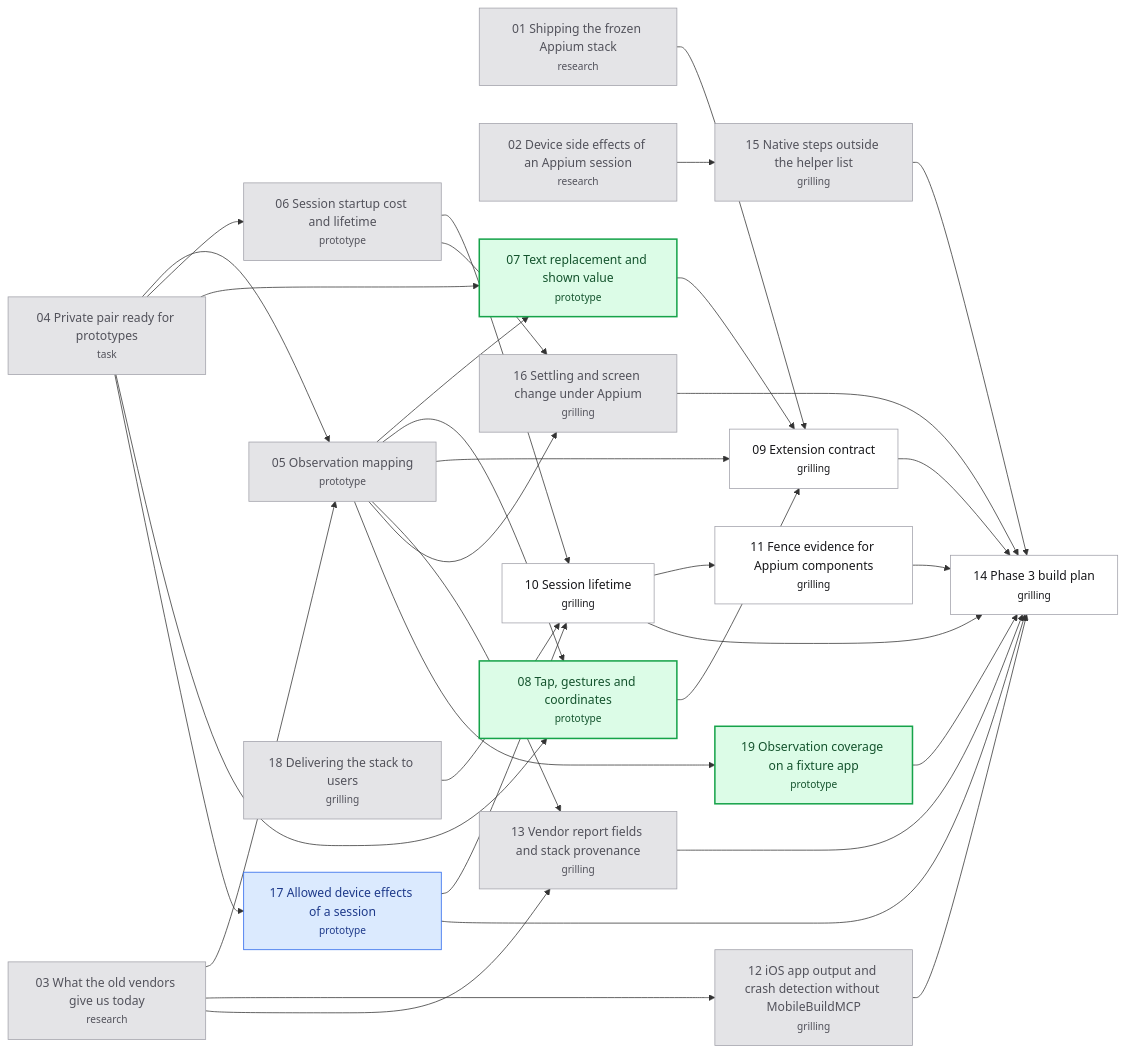
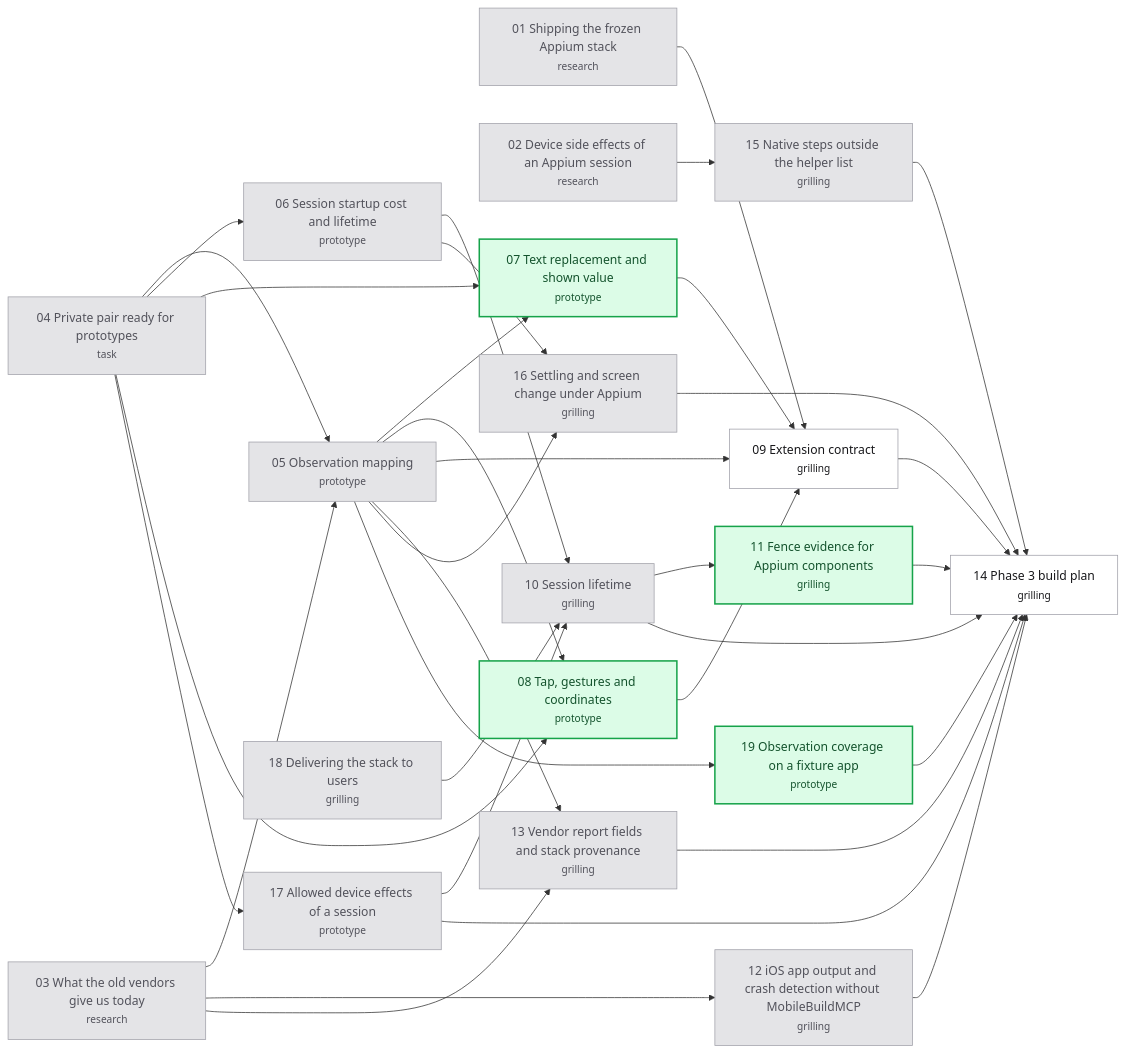
The diagram in .scratch/appium-phase3/map.md (hugues-vnsgn/jev-ios-bridge), drawn with Mermaid before and after one commit. The commit also changed other lines of this file and 3 other files, not shown here.

````diff
--- a/.scratch/appium-phase3/map.md
+++ b/.scratch/appium-phase3/map.md
@@ -83,62 +85,61 @@
 ```mermaid
 flowchart LR
     T01["01 Shipping the frozen Appium stack<br/><small>research</small>"]
     T02["02 Device side effects of an Appium session<br/><small>research</small>"]
     T03["03 What the old vendors give us today<br/><small>research</small>"]
     T04["04 Private pair ready for prototypes<br/><small>task</small>"]
     T05["05 Observation mapping<br/><small>prototype</small>"]
     T06["06 Session startup cost and lifetime<br/><small>prototype</small>"]
     T07["07 Text replacement and shown value<br/><small>prototype</small>"]
     T08["08 Tap, gestures and coordinates<br/><small>prototype</small>"]
     T09["09 Extension contract<br/><small>grilling</small>"]
     T10["10 Session lifetime<br/><small>grilling</small>"]
     T11["11 Fence evidence for Appium components<br/><small>grilling</small>"]
     T12["12 iOS app output and crash detection without MobileBuildMCP<br/><small>grilling</small>"]
     T13["13 Vendor report fields and stack provenance<br/><small>grilling</small>"]
     T14["14 Phase 3 build plan<br/><small>grilling</small>"]
     T15["15 Native steps outside the helper list<br/><small>grilling</small>"]
     T16["16 Settling and screen change under Appium<br/><small>grilling</small>"]
     T17["17 Allowed device effects of a session<br/><small>prototype</small>"]
     T18["18 Delivering the stack to users<br/><small>grilling</small>"]
     T19["19 Observation coverage on a fixture app<br/><small>prototype</small>"]
     T03 --> T05
     T04 --> T05
     T04 --> T06
     T04 --> T07
     T05 --> T07
     T04 --> T08
     T05 --> T08
     T01 --> T09
     T05 --> T09
     T07 --> T09
     T08 --> T09
     T06 --> T10
     T17 --> T10
     T18 --> T10
     T10 --> T11
     T03 --> T12
     T03 --> T13
     T05 --> T13
     T09 --> T14
     T10 --> T14
     T11 --> T14
     T12 --> T14
     T13 --> T14
     T15 --> T14
     T16 --> T14
     T17 --> T14
     T19 --> T14
     T02 --> T15
     T05 --> T16
     T06 --> T16
     T04 --> T17
     T05 --> T19
     classDef resolved fill:#e4e4e7,stroke:#a1a1aa,color:#52525b
     classDef claimed fill:#dbeafe,stroke:#2563eb,color:#1e3a8a
     classDef frontier fill:#dcfce7,stroke:#16a34a,color:#14532d,stroke-width:2px
     classDef blocked fill:#ffffff,stroke:#a1a1aa,color:#18181b
-    class T01,T02,T03,T04,T05,T06,T12,T13,T15,T16,T18 resolved
-    class T17 claimed
-    class T07,T08,T19 frontier
-    class T09,T10,T11,T14 blocked
+    class T01,T02,T03,T04,T05,T06,T10,T12,T13,T15,T16,T17,T18 resolved
+    class T07,T08,T11,T19 frontier
+    class T09,T14 blocked
 ```
````
